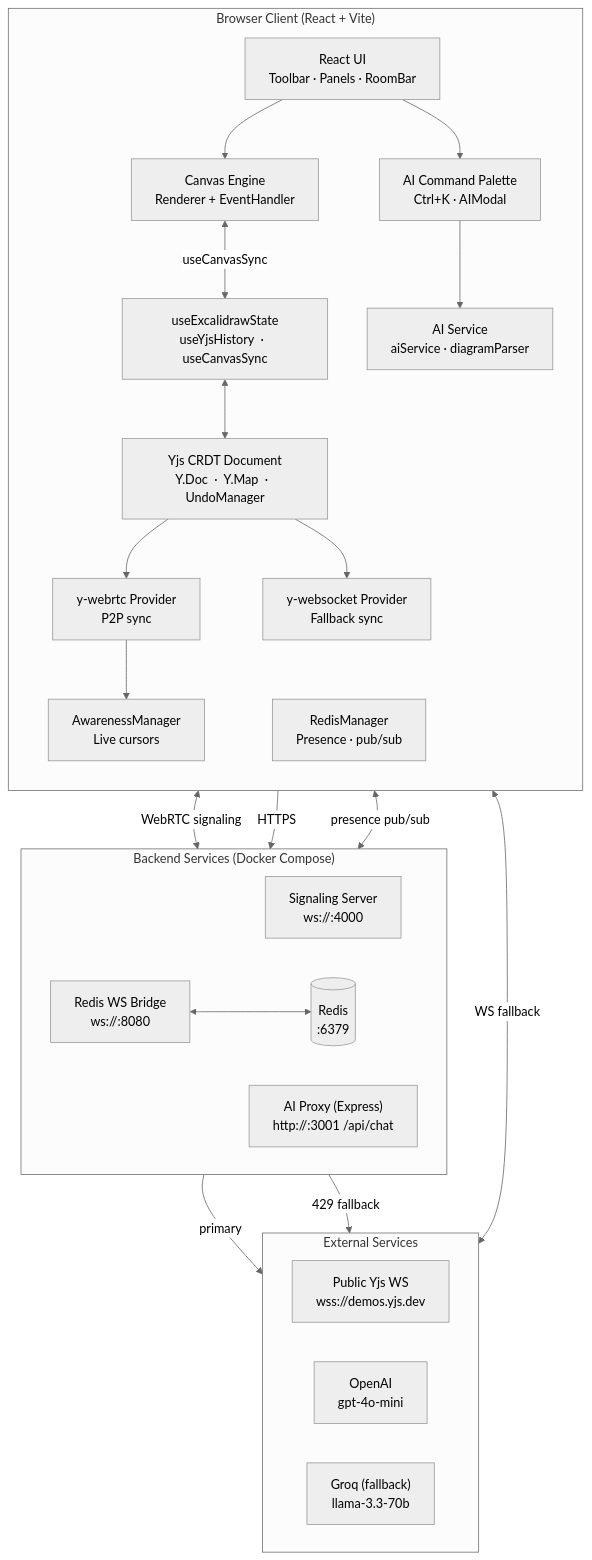
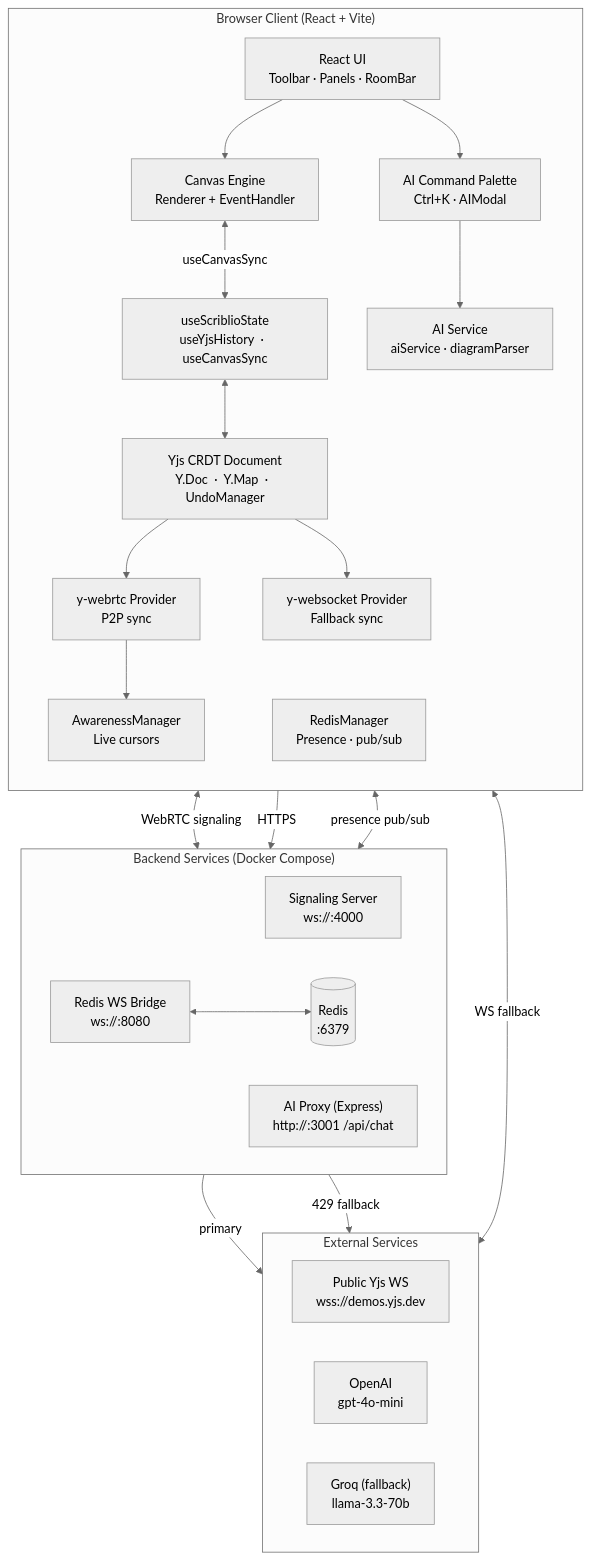
Before and after one commit to suwubh/Scriblio: the diagram in README.md, drawn with Mermaid (neutral theme).

Commit message:
Update README to reflect state management change

````diff
--- a/README.md
+++ b/README.md
@@ -10,47 +10,47 @@
 ```mermaid
 flowchart TB
   subgraph BROWSER["Browser Client  (React + Vite)"]
     direction TB
     UI["React UI\nToolbar · Panels · RoomBar"]
     CE["Canvas Engine\nRenderer + EventHandler"]
     YJ["Yjs CRDT Document\nY.Doc  ·  Y.Map  ·  UndoManager"]
     RTC["y-webrtc Provider\nP2P sync"]
     WSP["y-websocket Provider\nFallback sync"]
     AIP["AI Command Palette\nCtrl+K  ·  AIModal"]
     AIS["AI Service\naiService  ·  diagramParser"]
     AWR["AwarenessManager\nLive cursors"]
     RMG["RedisManager\nPresence  ·  pub/sub"]
-    HK["useExcalidrawState\nuseYjsHistory  ·  useCanvasSync"]
+    HK["useScriblioState\nuseYjsHistory  ·  useCanvasSync"]
   end
 
   subgraph BACKEND["Backend Services  (Docker Compose)"]
     direction LR
     SIG["Signaling Server\nws://:4000"]
     RWB["Redis WS Bridge\nws://:8080"]
     RDB[("Redis\n:6379")]
     PRX["AI Proxy  (Express)\nhttp://:3001  /api/chat"]
   end
 
   subgraph EXTERNAL["External Services"]
     direction LR
     YPB["Public Yjs WS\nwss://demos.yjs.dev"]
     OAI["OpenAI\ngpt-4o-mini"]
     GRQ["Groq  (fallback)\nllama-3.3-70b"]
   end
 
   UI --> CE
   UI --> AIP
   CE <-->|useCanvasSync| HK
   HK <--> YJ
   YJ --> RTC
   YJ --> WSP
   RTC <-->|WebRTC signaling| SIG
   WSP <-->|WS fallback| YPB
   RTC --> AWR
   AIP --> AIS
   AIS -->|HTTPS| PRX
   RMG <-->|presence pub/sub| RWB
   RWB <--> RDB
   PRX -->|primary| OAI
   PRX -->|429 fallback| GRQ
 ```
````
